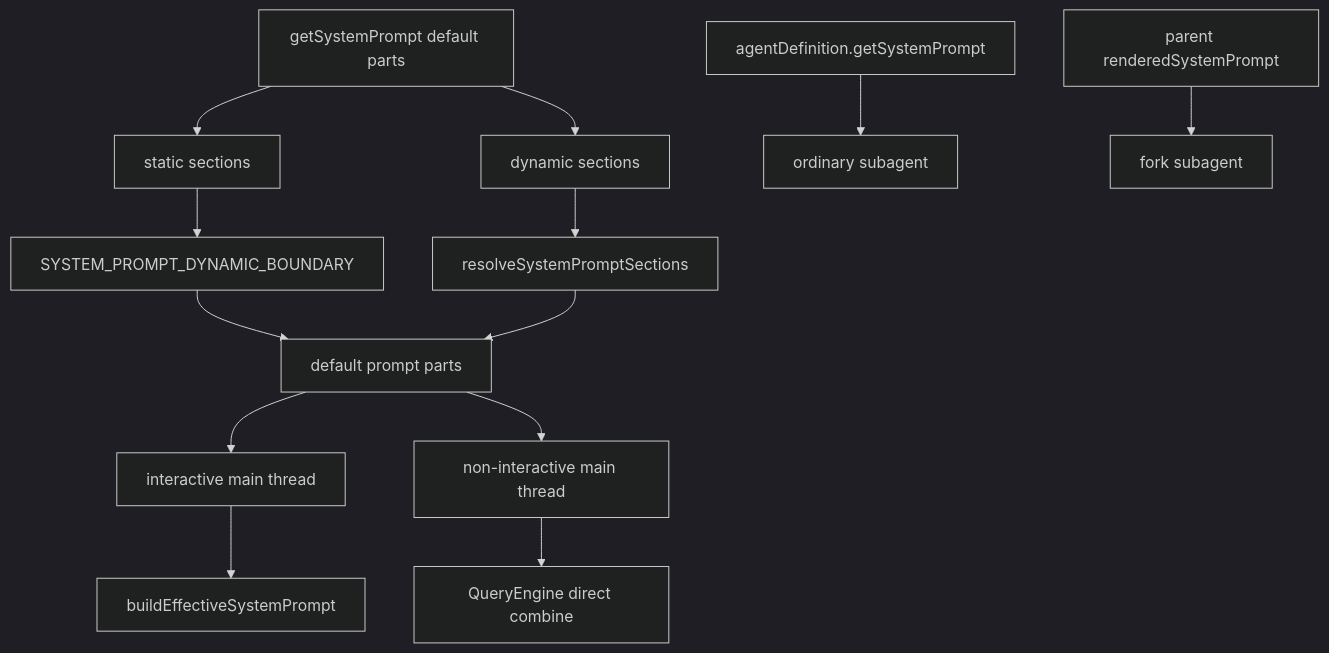
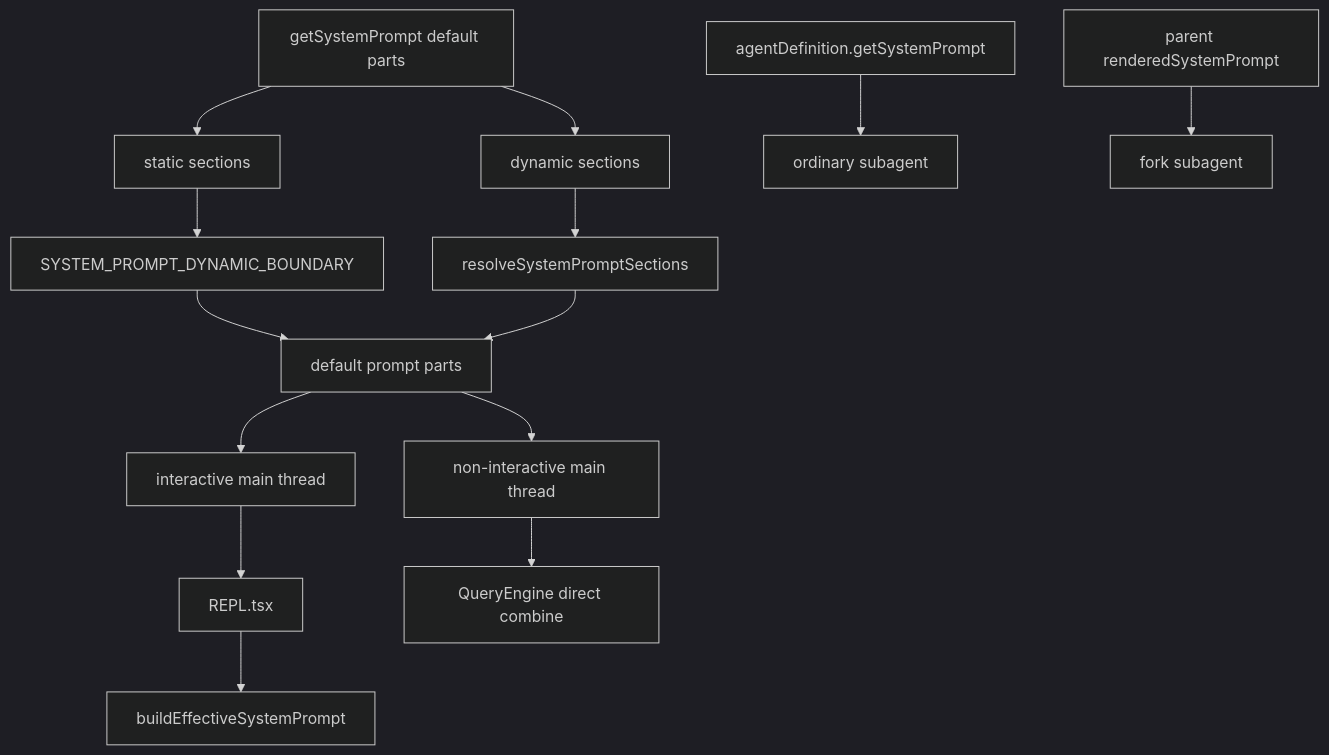
One commit to Boulea7/ClaudeCode-Source-DeepDive changed the diagram in MODULES/08-prompts-config-and-other-moats/DEEP/README.md. Above: the diagram before and after it, drawn with Mermaid (dark theme). The commit also changed other lines of this file and 7 other files, not shown here.

Commit message:
docs: polish prompt docs and agent-facing navigation

````diff
--- a/MODULES/08-prompts-config-and-other-moats/DEEP/README.md
+++ b/MODULES/08-prompts-config-and-other-moats/DEEP/README.md
@@ -161,18 +166,19 @@
 ```mermaid
 flowchart TD
     A[getSystemPrompt default parts] --> B[static sections]
     A --> C[dynamic sections]
     B --> D[SYSTEM_PROMPT_DYNAMIC_BOUNDARY]
     C --> E[resolveSystemPromptSections]
     D --> F[default prompt parts]
     E --> F
 
     F --> G[interactive main thread]
-    G --> H[buildEffectiveSystemPrompt]
+    G --> H[REPL.tsx]
+    H --> I[buildEffectiveSystemPrompt]
 
-    F --> I[non-interactive main thread]
-    I --> J[QueryEngine direct combine]
+    F --> J[non-interactive main thread]
+    J --> K[QueryEngine direct combine]
 
-    K[agentDefinition.getSystemPrompt] --> L[ordinary subagent]
-    M[parent renderedSystemPrompt] --> N[fork subagent]
+    L[agentDefinition.getSystemPrompt] --> M[ordinary subagent]
+    N[parent renderedSystemPrompt] --> O[fork subagent]
 ```
````
